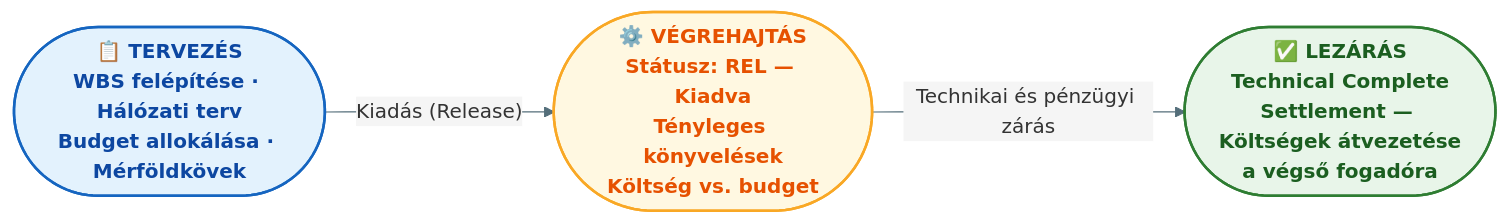
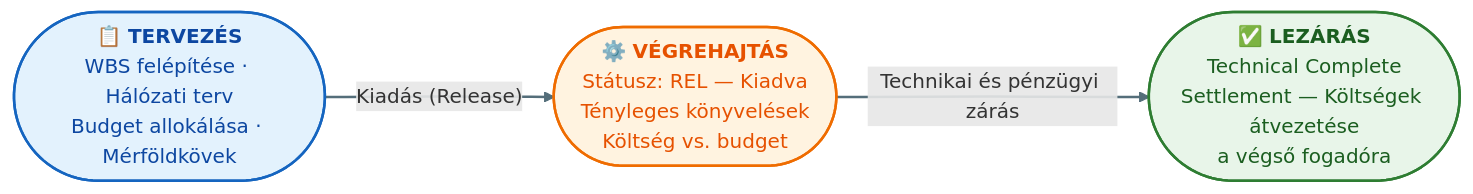
One commit to denespocsik/MM_BSC_Zarovizsga changed the second of 4 diagrams in Tételek/V15-GMXIV2MBLF-ERP projektmenedzsment és üzemeltetés.tétel.md. Above: the diagram before and after it, drawn with Mermaid. The commit also changed other lines of this file and 34 other files, not shown here.

First line of the commit message:
style(tételek): egységes vizuális arculat a Mermaid-diagramokhoz

````diff
--- a/Tételek/V15-GMXIV2MBLF-ERP projektmenedzsment és üzemeltetés.tétel.md
+++ b/Tételek/V15-GMXIV2MBLF-ERP projektmenedzsment és üzemeltetés.tétel.md
@@ -87,14 +91,15 @@
 ```mermaid
-%%{init: {'theme': 'base', 'themeVariables': {'primaryColor': '#FFF', 'lineColor': '#546E7A', 'edgeLabelBackground': '#F5F5F5'}}}%%
 flowchart LR
-    classDef plan  fill:#E3F2FD,stroke:#1565C0,stroke-width:2px,color:#0D47A1,font-weight:bold
-    classDef exec  fill:#FFF8E1,stroke:#F9A825,stroke-width:2px,color:#E65100,font-weight:bold
-    classDef close fill:#E8F5E9,stroke:#2E7D32,stroke-width:2px,color:#1B5E20,font-weight:bold
-
-    T(["📋 TERVEZÉS\nWBS felépítése · Hálózati terv\nBudget allokálása · Mérföldkövek"]):::plan
-    V(["⚙️ VÉGREHAJTÁS\nStátusz: REL — Kiadva\nTényleges könyvelések\nKöltség vs. budget"]):::exec
-    L(["✅ LEZÁRÁS\nTechnical Complete\nSettlement — Költségek átvezetése\na végső fogadóra"]):::close
+    T(["📋 <b>TERVEZÉS</b><br/>WBS felépítése · Hálózati terv<br/>Budget allokálása · Mérföldkövek"]):::kek
+    V(["⚙️ <b>VÉGREHAJTÁS</b><br/>Státusz: REL — Kiadva<br/>Tényleges könyvelések<br/>Költség vs. budget"]):::narancs
+    L(["✅ <b>LEZÁRÁS</b><br/>Technical Complete<br/>Settlement — Költségek átvezetése<br/>a végső fogadóra"]):::zold
 
     T -->|"Kiadás (Release)"| V
     V -->|"Technikai és pénzügyi zárás"| L
+
+    classDef kek     fill:#e3f2fd,stroke:#1565c0,stroke-width:2px,color:#0d47a1,rx:10,ry:10;
+    classDef zold    fill:#e8f5e9,stroke:#2e7d32,stroke-width:2px,color:#1b5e20,rx:10,ry:10;
+    classDef narancs fill:#fff3e0,stroke:#ef6c00,stroke-width:2px,color:#e65100,rx:10,ry:10;
+
+    linkStyle default stroke:#546e7a,stroke-width:2px;
 ```
````
